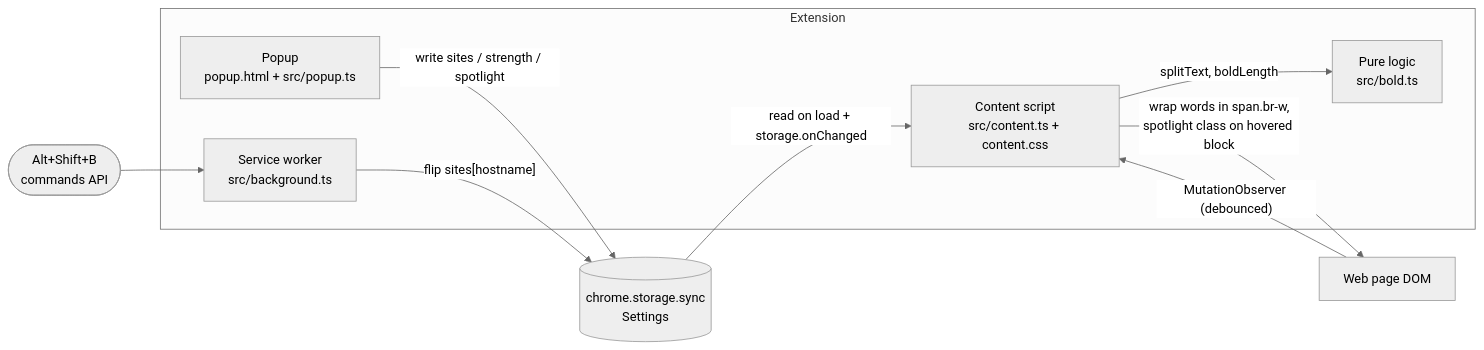
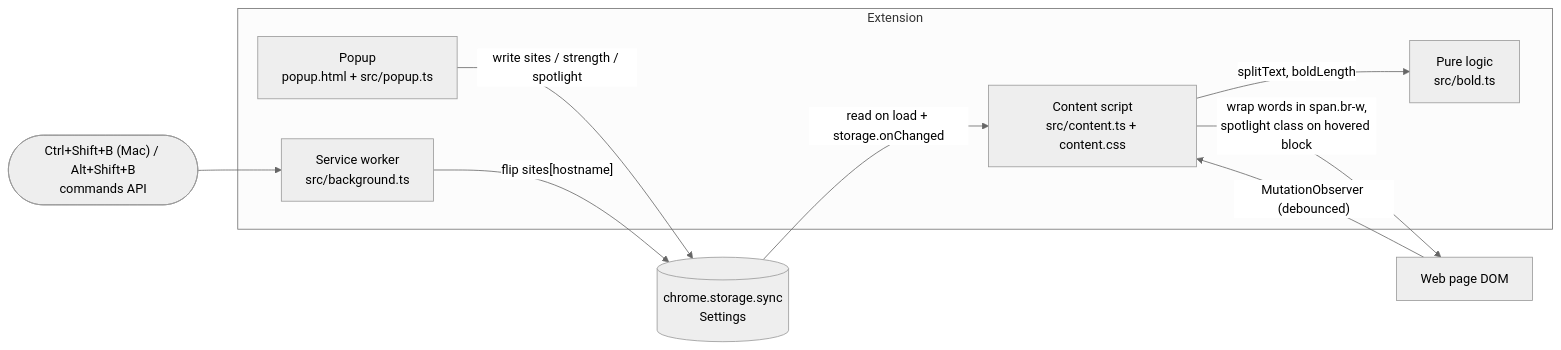
One commit to builtbyd3v/kuro changed the first of 2 diagrams in docs/architecture.md. Above: the diagram before and after it, drawn with Mermaid (neutral theme). The commit also changed other lines of this file and 7 other files, not shown here.

````diff
--- a/docs/architecture.md
+++ b/docs/architecture.md
@@ -5,20 +5,20 @@
 ```mermaid
 flowchart LR
   subgraph Extension
     P["Popup<br/>popup.html + src/popup.ts"]
     B["Service worker<br/>src/background.ts"]
     C["Content script<br/>src/content.ts + content.css"]
     L["Pure logic<br/>src/bold.ts"]
   end
   S[("chrome.storage.sync<br/>Settings")]
-  K(["Alt+Shift+B<br/>commands API"])
+  K(["Ctrl+Shift+B (Mac) / Alt+Shift+B<br/>commands API"])
   D["Web page DOM"]
 
   P -- "write sites / strength / spotlight" --> S
   K --> B
   B -- "flip sites[hostname]" --> S
   S -- "read on load + storage.onChanged" --> C
   C -- "splitText, boldLength" --> L
   C -- "wrap words in span.br-w,<br/>spotlight class on hovered block" --> D
   D -- "MutationObserver (debounced)" --> C
 ```
````
